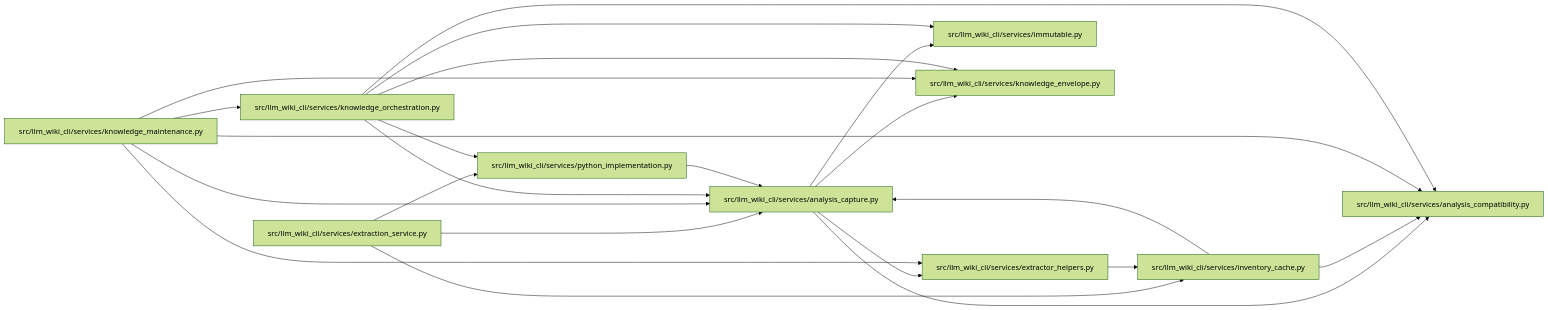
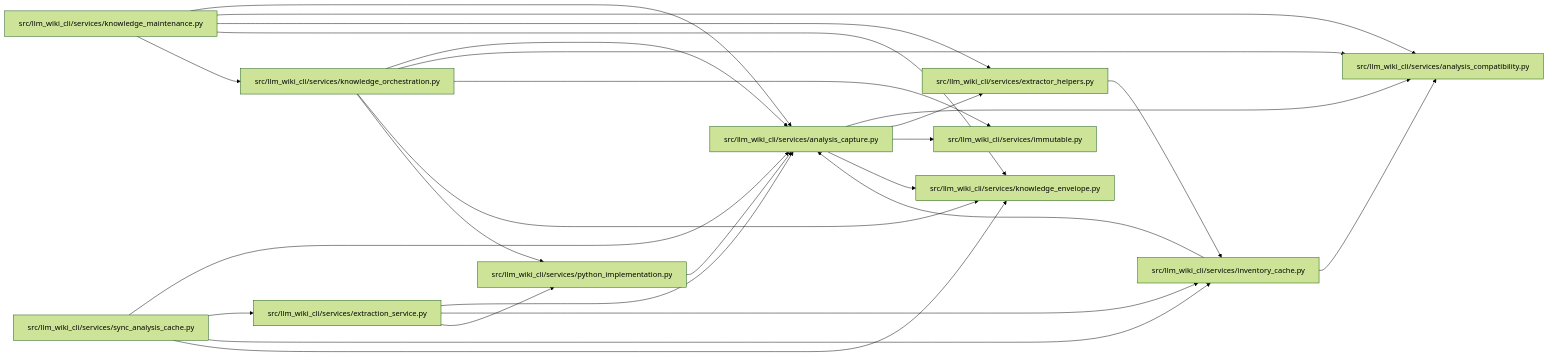
Before and after one commit to Denissvgn/python-wiki-llm: the diagram in docs/llm_wiki/modules/analysis_capture.md, drawn with Mermaid (forest theme). The commit also changed other lines of this file and 462 other files, not shown here.

Commit message:
Reuse authenticated analysis for Markdown wiki syncs

````diff
--- a/docs/llm_wiki/modules/analysis_capture.md
+++ b/docs/llm_wiki/modules/analysis_capture.md
@@ -32,44 +32,50 @@
 ```mermaid
 flowchart LR
     n0["src/llm_wiki_cli/services/analysis_capture.py"]
     n1["src/llm_wiki_cli/services/analysis_compatibility.py"]
     n2["src/llm_wiki_cli/services/extraction_service.py"]
     n3["src/llm_wiki_cli/services/extractor_helpers.py"]
     n4["src/llm_wiki_cli/services/immutable.py"]
     n5["src/llm_wiki_cli/services/inventory_cache.py"]
     n6["src/llm_wiki_cli/services/knowledge_envelope.py"]
     n7["src/llm_wiki_cli/services/knowledge_maintenance.py"]
     n8["src/llm_wiki_cli/services/knowledge_orchestration.py"]
     n9["src/llm_wiki_cli/services/python_implementation.py"]
+    n10["src/llm_wiki_cli/services/sync_analysis_cache.py"]
     n0 --> n1
     n0 --> n3
     n0 --> n4
     n0 --> n6
     n2 --> n0
     n2 --> n5
     n2 --> n9
     n3 --> n5
     n5 --> n0
     n5 --> n1
     n7 --> n0
     n7 --> n1
     n7 --> n3
     n7 --> n6
     n7 --> n8
     n8 --> n0
     n8 --> n1
     n8 --> n4
     n8 --> n6
     n8 --> n9
     n9 --> n0
+    n10 --> n0
+    n10 --> n2
+    n10 --> n5
+    n10 --> n6
     click n0 "../modules/analysis_capture.md"
     click n1 "../modules/analysis_compatibility.md"
     click n2 "../modules/extraction_service.md"
     click n3 "../modules/extractor_helpers.md"
     click n4 "../modules/immutable.md"
     click n5 "../modules/inventory_cache.md"
     click n6 "../modules/knowledge_envelope.md"
     click n7 "../modules/knowledge_maintenance.md"
     click n8 "../modules/knowledge_orchestration.md"
     click n9 "../modules/python_implementation.md"
+    click n10 "../modules/sync_analysis_cache.md"
 ```
````
